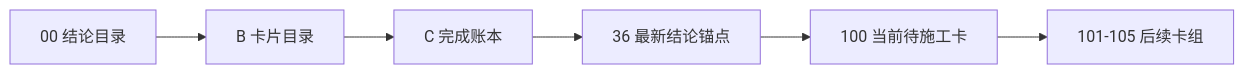
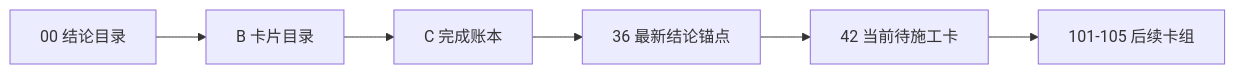
One commit to everything-is-simple/lifespan-0.01 changed the diagram in docs/03-execution/A-execution-reading-order-20260409.md. Above: the diagram before and after it, drawn with Mermaid. The commit also changed other lines of this file and 25 other files, not shown here.

````diff
--- a/docs/03-execution/A-execution-reading-order-20260409.md
+++ b/docs/03-execution/A-execution-reading-order-20260409.md
@@ -24,8 +25,8 @@
 ```mermaid
 flowchart LR
     CONC["00 结论目录"] --> BCAT["B 卡片目录"]
     BCAT --> CLED["C 完成账本"]
     CLED --> ANC["36 最新结论锚点"]
-    ANC --> NEXT["100 当前待施工卡"]
+    ANC --> NEXT["42 当前待施工卡"]
     NEXT --> POST["101-105 后续卡组"]
 ```
````
